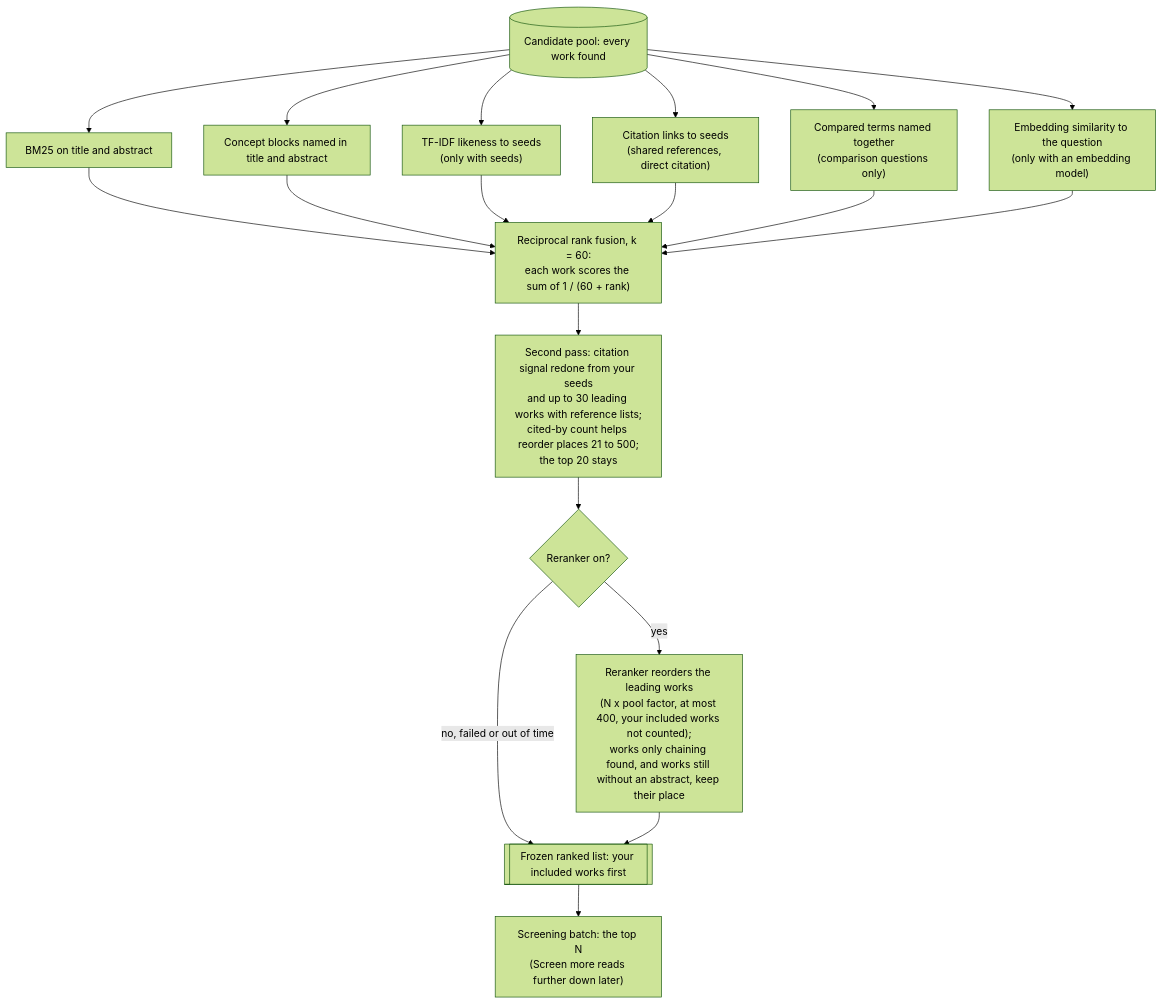
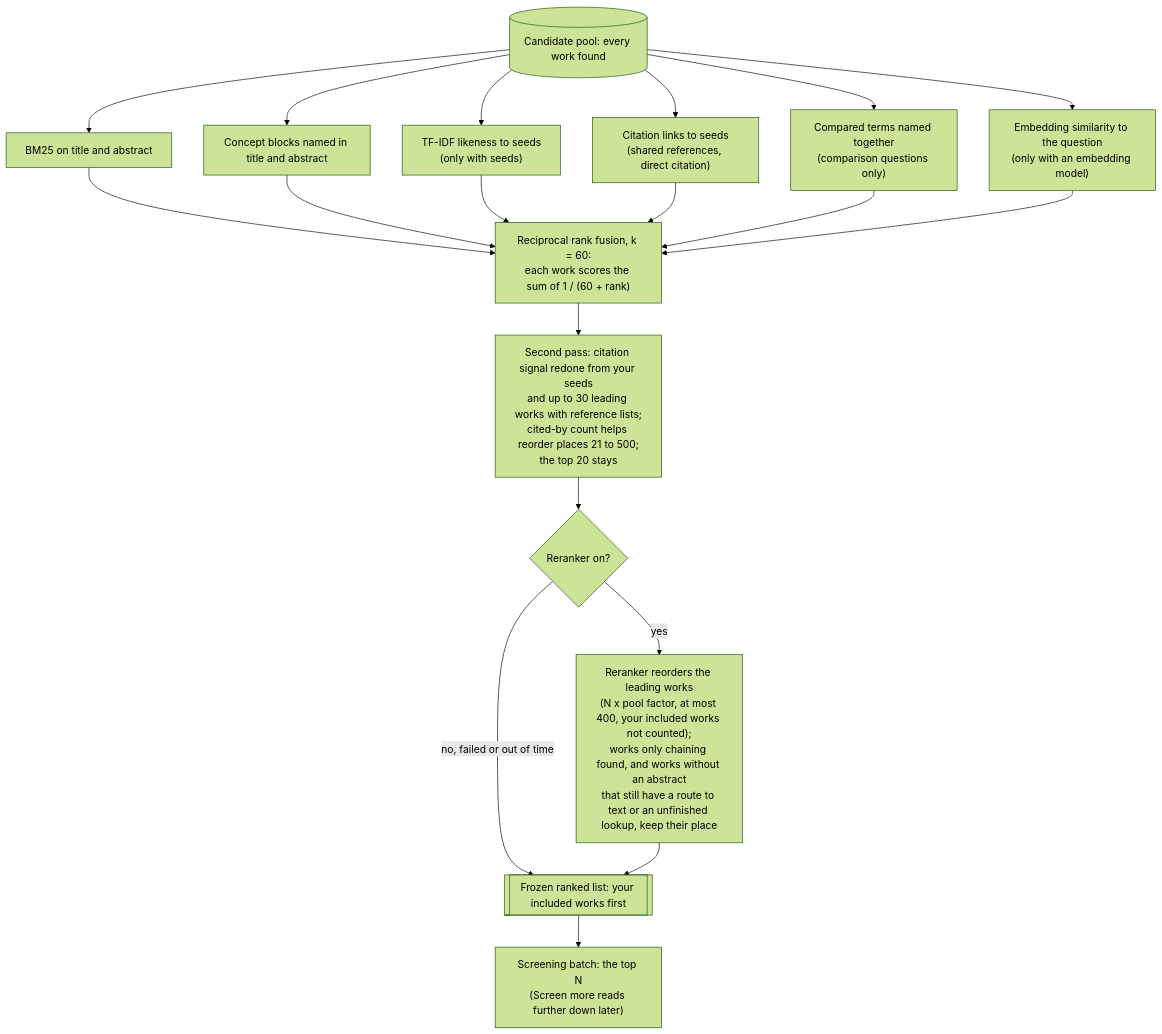
One commit to huguryildiz/DEIXIS changed the second of 2 diagrams in docs/search.md. Above: the diagram before and after it, drawn with Mermaid (forest theme). The commit also changed other lines of this file and 25 other files, not shown here.

````diff
--- a/docs/search.md
+++ b/docs/search.md
@@ -50,21 +50,21 @@
 ```mermaid
 flowchart TD
     POOL[("Candidate pool: every work found")] --> B["BM25 on title and abstract"]
     POOL --> BL["Concept blocks named in title and abstract"]
     POOL --> TF["TF-IDF likeness to seeds<br/>(only with seeds)"]
     POOL --> G["Citation links to seeds<br/>(shared references, direct citation)"]
     POOL --> J["Compared terms named together<br/>(comparison questions only)"]
     POOL --> E["Embedding similarity to the question<br/>(only with an embedding model)"]
     B --> F["Reciprocal rank fusion, k = 60:<br/>each work scores the sum of 1 / (60 + rank)"]
     BL --> F
     TF --> F
     G --> F
     J --> F
     E --> F
     F --> P2["Second pass: citation signal redone from your seeds<br/>and up to 30 leading works with reference lists;<br/>cited-by count helps reorder places 21 to 500;<br/>the top 20 stays"]
     P2 --> RR{"Reranker on?"}
-    RR -->|"yes"| RRK["Reranker reorders the leading works<br/>(N x pool factor, at most 400, your included works not counted);<br/>works only chaining found, and works still without an abstract, keep their place"]
+    RR -->|"yes"| RRK["Reranker reorders the leading works<br/>(N x pool factor, at most 400, your included works not counted);<br/>works only chaining found, and works without an abstract<br/>that still have a route to text or an unfinished lookup, keep their place"]
     RR -->|"no, failed or out of time"| LIST
     RRK --> LIST[["Frozen ranked list: your included works first"]]
     LIST --> BATCH["Screening batch: the top N<br/>(Screen more reads further down later)"]
 ```
````
